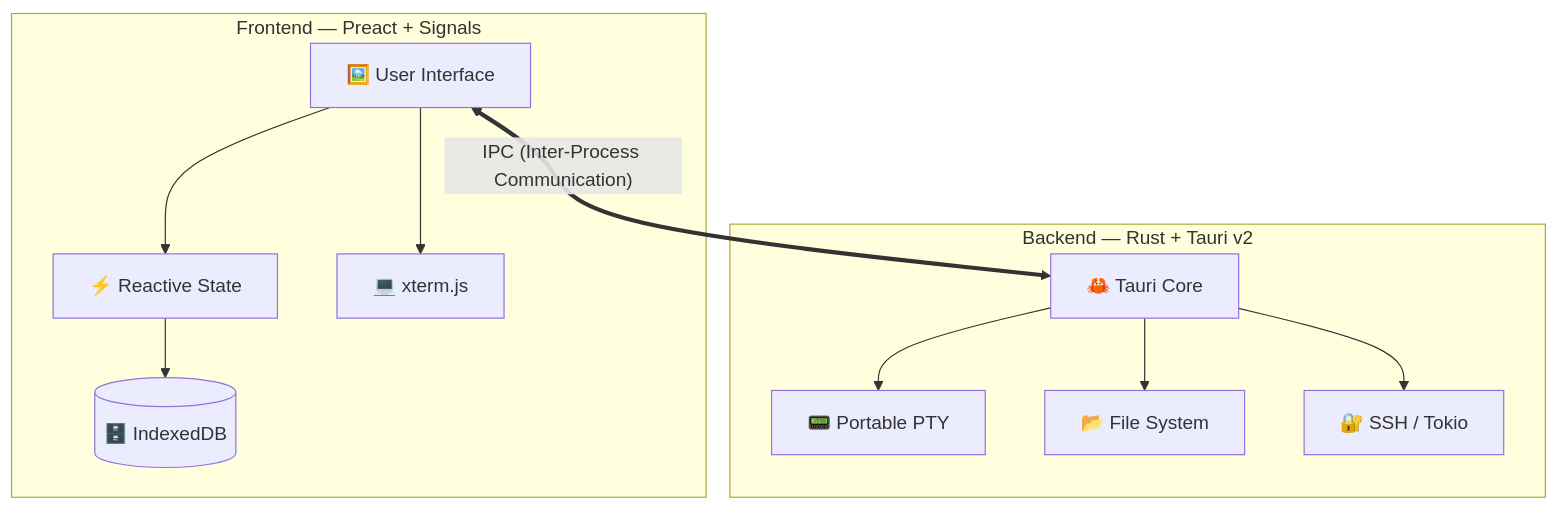
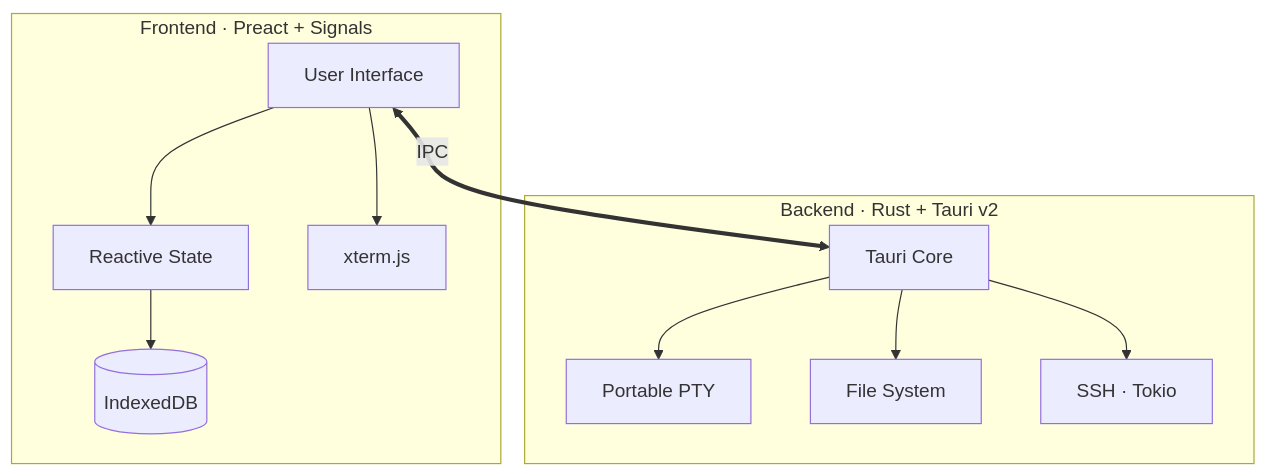
The diagram in README.md (theja-vanka/NightFlow), drawn with Mermaid before and after one commit. The commit also changed other lines of this file, not shown here.

````diff
--- a/README.md
+++ b/README.md
@@ -82,16 +101,16 @@
 ```mermaid
 graph TD
-    subgraph "Frontend — Preact + Signals"
-        UI["🖼️ User Interface"] --> State["⚡ Reactive State"]
-        State --> DB[("🗄️ IndexedDB")]
-        UI --> Terminal["💻 xterm.js"]
+    subgraph Frontend["Frontend · Preact + Signals"]
+        UI["User Interface"] --> State["Reactive State"]
+        State --> DB[("IndexedDB")]
+        UI --> Terminal["xterm.js"]
     end
 
-    subgraph "Backend — Rust + Tauri v2"
-        Tauri["🦀 Tauri Core"] --> PTY["📟 Portable PTY"]
-        Tauri --> FS["📂 File System"]
-        Tauri --> SSH["🔐 SSH / Tokio"]
+    subgraph Backend["Backend · Rust + Tauri v2"]
+        Tauri["Tauri Core"] --> PTY["Portable PTY"]
+        Tauri --> FS["File System"]
+        Tauri --> SSH["SSH · Tokio"]
     end
 
-    UI <== "IPC (Inter-Process Communication)" ==> Tauri
+    UI <== "IPC" ==> Tauri
 ```
````
